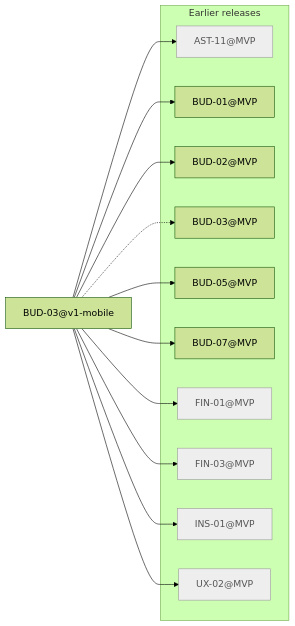
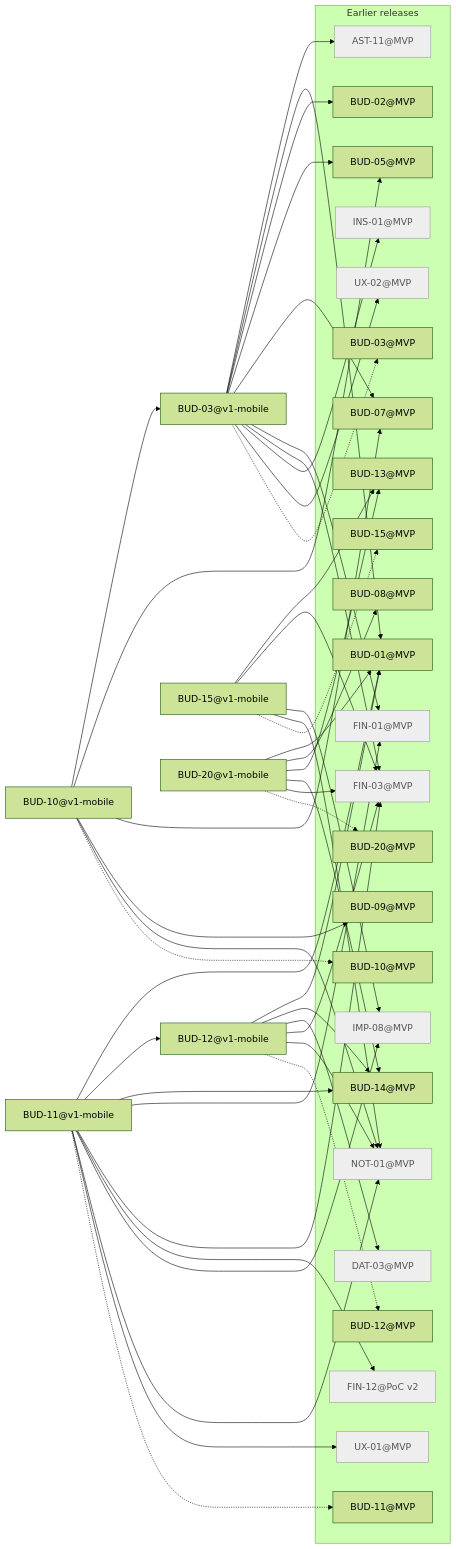
Before and after one commit to minakovval/Willowsum: the diagram in docs/traceability/release-v1-mobile.md, drawn with Mermaid (forest theme). The commit also changed other lines of this file and 34 other files, not shown here.

````diff
--- a/docs/traceability/release-v1-mobile.md
+++ b/docs/traceability/release-v1-mobile.md
@@ -17,28 +22,80 @@
 ```mermaid
 flowchart LR
   BUD_03_v1_mobile["BUD-03@v1-mobile"]
+  BUD_10_v1_mobile["BUD-10@v1-mobile"]
+  BUD_11_v1_mobile["BUD-11@v1-mobile"]
+  BUD_12_v1_mobile["BUD-12@v1-mobile"]
+  BUD_15_v1_mobile["BUD-15@v1-mobile"]
+  BUD_20_v1_mobile["BUD-20@v1-mobile"]
   subgraph earlier["Earlier releases"]
     AST_11_MVP["AST-11@MVP"]
     BUD_01_MVP["BUD-01@MVP"]
     BUD_02_MVP["BUD-02@MVP"]
     BUD_03_MVP["BUD-03@MVP"]
     BUD_05_MVP["BUD-05@MVP"]
     BUD_07_MVP["BUD-07@MVP"]
+    BUD_08_MVP["BUD-08@MVP"]
+    BUD_09_MVP["BUD-09@MVP"]
+    BUD_10_MVP["BUD-10@MVP"]
+    BUD_11_MVP["BUD-11@MVP"]
+    BUD_12_MVP["BUD-12@MVP"]
+    BUD_13_MVP["BUD-13@MVP"]
+    BUD_14_MVP["BUD-14@MVP"]
+    BUD_15_MVP["BUD-15@MVP"]
+    BUD_20_MVP["BUD-20@MVP"]
+    DAT_03_MVP["DAT-03@MVP"]
     FIN_01_MVP["FIN-01@MVP"]
     FIN_03_MVP["FIN-03@MVP"]
+    FIN_12_PoC_v2["FIN-12@PoC v2"]
+    IMP_08_MVP["IMP-08@MVP"]
     INS_01_MVP["INS-01@MVP"]
+    NOT_01_MVP["NOT-01@MVP"]
+    UX_01_MVP["UX-01@MVP"]
     UX_02_MVP["UX-02@MVP"]
   end
   BUD_03_v1_mobile --> AST_11_MVP
   BUD_03_v1_mobile --> BUD_01_MVP
   BUD_03_v1_mobile --> BUD_02_MVP
   BUD_03_v1_mobile --> BUD_05_MVP
   BUD_03_v1_mobile --> BUD_07_MVP
   BUD_03_v1_mobile --> FIN_01_MVP
   BUD_03_v1_mobile --> FIN_03_MVP
   BUD_03_v1_mobile --> INS_01_MVP
   BUD_03_v1_mobile --> UX_02_MVP
   BUD_03_v1_mobile -.-> BUD_03_MVP
+  BUD_10_v1_mobile --> BUD_03_v1_mobile
+  BUD_10_v1_mobile --> BUD_05_MVP
+  BUD_10_v1_mobile --> BUD_07_MVP
+  BUD_10_v1_mobile --> BUD_09_MVP
+  BUD_10_v1_mobile --> NOT_01_MVP
+  BUD_10_v1_mobile -.-> BUD_10_MVP
+  BUD_11_v1_mobile --> BUD_01_MVP
+  BUD_11_v1_mobile --> BUD_12_v1_mobile
+  BUD_11_v1_mobile --> BUD_14_MVP
+  BUD_11_v1_mobile --> FIN_01_MVP
+  BUD_11_v1_mobile --> FIN_03_MVP
+  BUD_11_v1_mobile --> FIN_12_PoC_v2
+  BUD_11_v1_mobile --> IMP_08_MVP
+  BUD_11_v1_mobile --> NOT_01_MVP
+  BUD_11_v1_mobile --> UX_01_MVP
+  BUD_11_v1_mobile -.-> BUD_11_MVP
+  BUD_12_v1_mobile --> BUD_01_MVP
+  BUD_12_v1_mobile --> BUD_14_MVP
+  BUD_12_v1_mobile --> DAT_03_MVP
+  BUD_12_v1_mobile --> FIN_03_MVP
+  BUD_12_v1_mobile --> NOT_01_MVP
+  BUD_12_v1_mobile -.-> BUD_12_MVP
+  BUD_15_v1_mobile --> BUD_13_MVP
+  BUD_15_v1_mobile --> FIN_03_MVP
+  BUD_15_v1_mobile --> IMP_08_MVP
+  BUD_15_v1_mobile --> NOT_01_MVP
+  BUD_15_v1_mobile -.-> BUD_15_MVP
+  BUD_20_v1_mobile --> BUD_01_MVP
+  BUD_20_v1_mobile --> BUD_08_MVP
+  BUD_20_v1_mobile --> BUD_13_MVP
+  BUD_20_v1_mobile --> BUD_14_MVP
+  BUD_20_v1_mobile --> FIN_03_MVP
+  BUD_20_v1_mobile -.-> BUD_20_MVP
   classDef notMigrated fill:#eee,stroke:#999,color:#555
-  class AST_11_MVP,FIN_01_MVP,FIN_03_MVP,INS_01_MVP,UX_02_MVP notMigrated
+  class AST_11_MVP,DAT_03_MVP,FIN_01_MVP,FIN_03_MVP,FIN_12_PoC_v2,IMP_08_MVP,INS_01_MVP,NOT_01_MVP,UX_01_MVP,UX_02_MVP notMigrated
 ```
````
